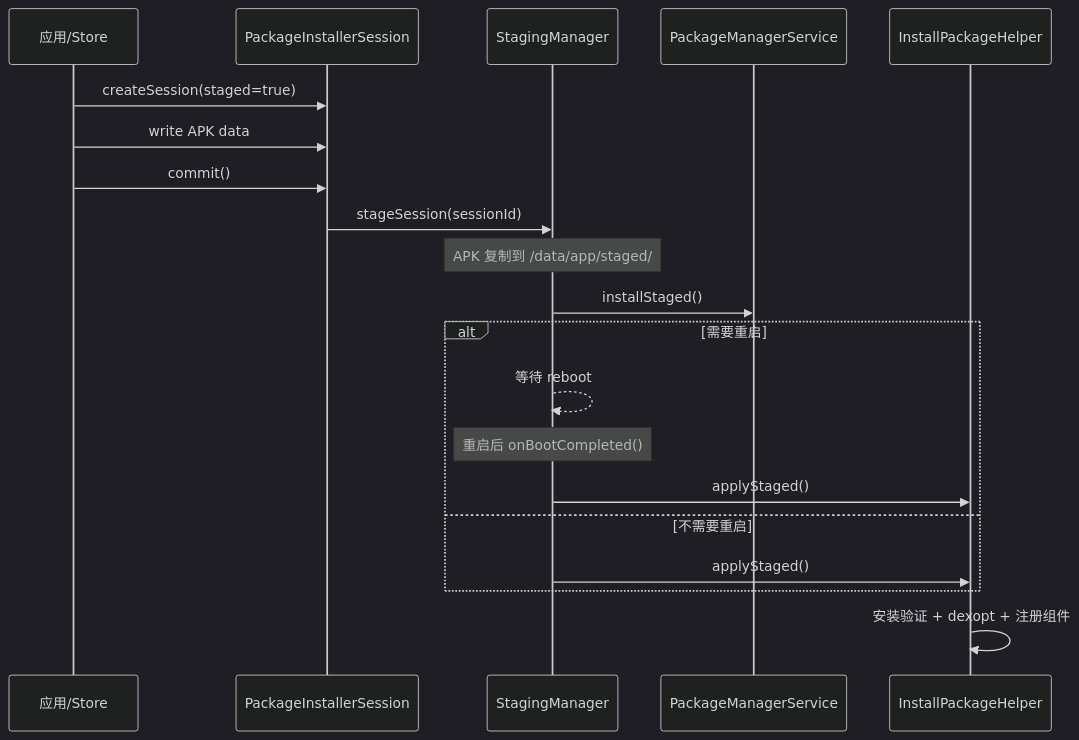
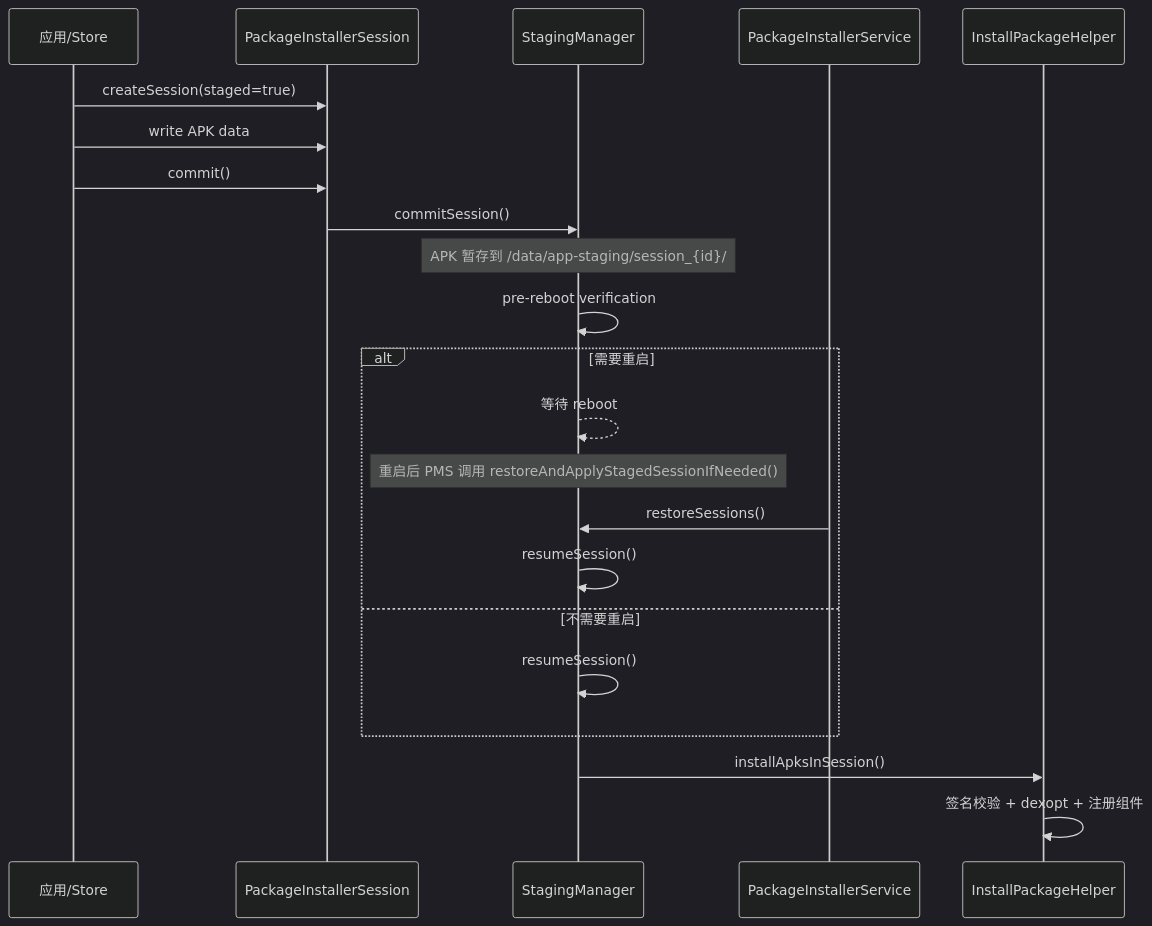
One commit to Gracker/android-internals-wiki changed the diagram in src/part1-fundamentals/ch01-architecture/23-staged-install-performance.md. Above: the diagram before and after it, drawn with Mermaid (dark theme). The commit also changed other lines of this file and 11 other files, not shown here.

````diff
--- a/src/part1-fundamentals/ch01-architecture/23-staged-install-performance.md
+++ b/src/part1-fundamentals/ch01-architecture/23-staged-install-performance.md
@@ -57,23 +61,25 @@
 ```mermaid
 sequenceDiagram
     participant App as 应用/Store
     participant PIS as PackageInstallerSession
     participant SM as StagingManager
-    participant PMS as PackageManagerService
+    participant PMS as PackageInstallerService
     participant IPH as InstallPackageHelper
 
     App->>PIS: createSession(staged=true)
     App->>PIS: write APK data
     App->>PIS: commit()
-    PIS->>SM: stageSession(sessionId)
-    Note over SM: APK 复制到 /data/app/staged/
-    SM->>PMS: installStaged()
+    PIS->>SM: commitSession()
+    Note over SM: APK 暂存到 /data/app-staging/session_{id}/
+    SM->>SM: pre-reboot verification
     alt 需要重启
         SM-->>SM: 等待 reboot
-        Note over SM: 重启后 onBootCompleted()
-        SM->>IPH: applyStaged()
+        Note over SM: 重启后 PMS 调用 restoreAndApplyStagedSessionIfNeeded()
+        PMS->>SM: restoreSessions()
+        SM->>SM: resumeSession()
     else 不需要重启
-        SM->>IPH: applyStaged()
+        SM->>SM: resumeSession()
     end
-    IPH->>IPH: 安装验证 + dexopt + 注册组件
+    SM->>IPH: installApksInSession()
+    IPH->>IPH: 签名校验 + dexopt + 注册组件
 ```
````
